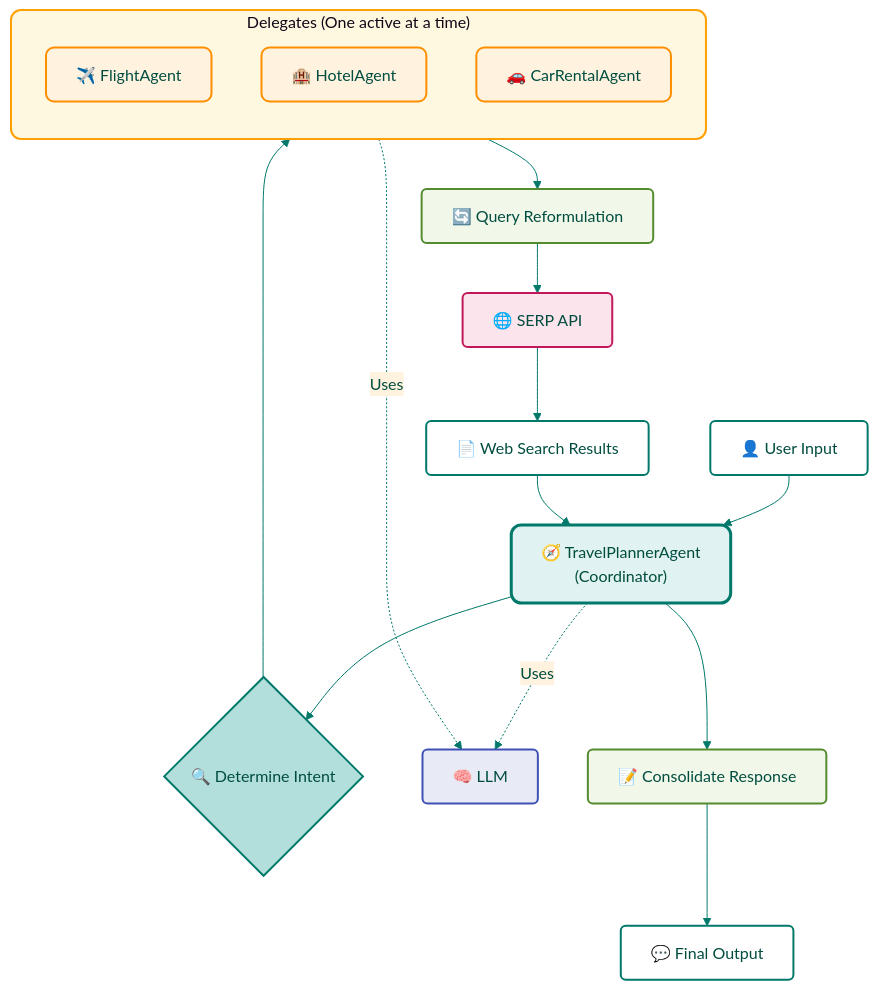
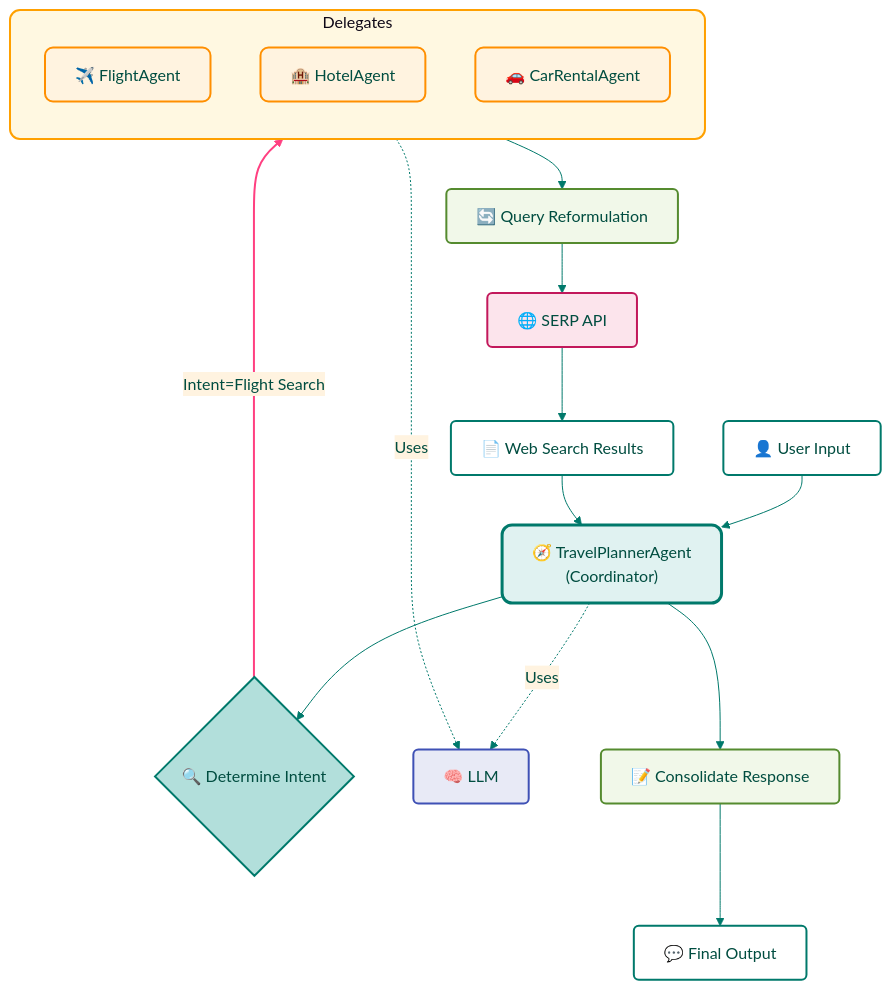
The diagram in img/mermaid/framework/coordinator_delegate.mmd (achimdehnert/Agentic-Workflow-Patterns), drawn with Mermaid before and after one commit.

```diff
--- a/img/mermaid/framework/coordinator_delegate.mmd
+++ b/img/mermaid/framework/coordinator_delegate.mmd
@@ -1,52 +1,53 @@
 %%{init: {
   'theme': 'base',
   'themeVariables': {
     'primaryColor': '#E0F2F1',
     'primaryTextColor': '#004D40',
     'primaryBorderColor': '#00796B',
     'lineColor': '#00796B',
     'secondaryColor': '#FFF3E0',
     'tertiaryColor': '#F1F8E9'
   }
 }}%%
 
 flowchart TB
     classDef default fill:#fff,stroke:#00796B,stroke-width:2px,rx:5,ry:5;
     classDef coordinator fill:#E0F2F1,stroke:#00796B,stroke-width:3px,rx:10,ry:10;
     classDef intent fill:#B2DFDB,stroke:#00796B,stroke-width:2px;
     classDef delegate fill:#FFF3E0,stroke:#FF8F00,stroke-width:2px,rx:8,ry:8;
     classDef llm fill:#E8EAF6,stroke:#3F51B5,stroke-width:2px,rx:5,ry:5;
     classDef api fill:#FCE4EC,stroke:#C2185B,stroke-width:2px,rx:5,ry:5;
     classDef process fill:#F1F8E9,stroke:#558B2F,stroke-width:2px,rx:5,ry:5;
     
     U["👤 User Input"]:::default
     TP["🧭 TravelPlannerAgent<br>(Coordinator)"]:::coordinator
     I{"🔍 Determine Intent"}:::intent
     LLM["🧠 LLM"]:::llm
     
-    subgraph Delegates ["Delegates (One active at a time)"]
+    subgraph Delegates ["Delegates"]
         direction TB
         F["✈️ FlightAgent"]:::delegate
         H["🏨 HotelAgent"]:::delegate
         C["🚗 CarRentalAgent"]:::delegate
     end
     
     Q["🔄 Query Reformulation"]:::process
     S["🌐 SERP API"]:::api
     W["📄 Web Search Results"]:::default
     R["📝 Consolidate Response"]:::process
     O["💬 Final Output"]:::default
     
     U --> TP
     TP --> I
-    I --> Delegates
+    I -->|Intent=Flight Search| F
     TP -.-> |Uses| LLM
     Delegates -.-> |Uses| LLM
     Delegates --> Q
     Q --> S
     S --> W
     W --> TP
     TP --> R
     R --> O
     
     style Delegates fill:#FFF8E1,stroke:#FFA000,stroke-width:2px,rx:10,ry:10;
+    linkStyle 2 stroke:#FF4081,stroke-width:2px;
```
